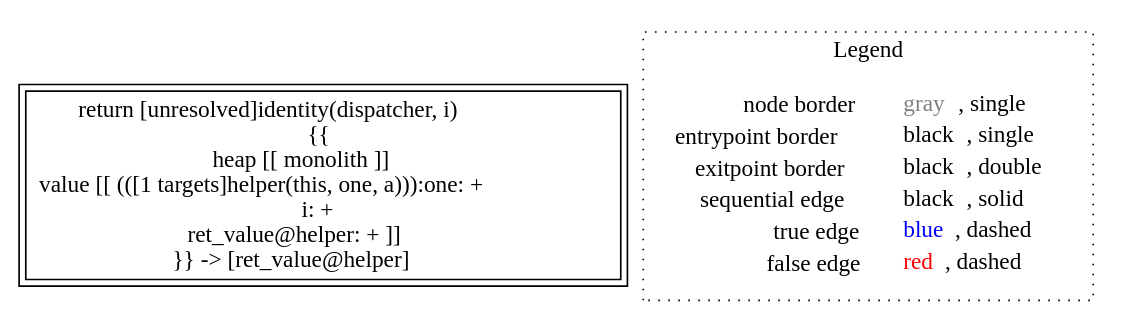
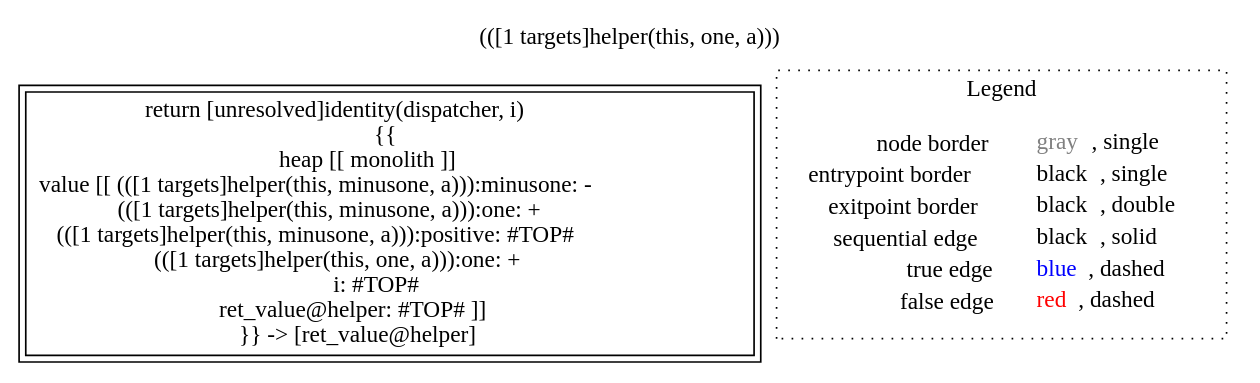
The diagram in lisa/imp-testcases/interprocedural/RTAContextSensitive3/analysis___414827803_untyped_tests.helper(tests_this,_untyped_i,_untyped_dispatcher).dot (lisa-analyzer/lisa), drawn with Graphviz before and after one commit. The commit also changed 12 other files, not shown here.

```diff
--- a/lisa/imp-testcases/interprocedural/RTAContextSensitive3/analysis___414827803_untyped_tests.helper(tests_this,_untyped_i,_untyped_dispatcher).dot
+++ b/lisa/imp-testcases/interprocedural/RTAContextSensitive3/analysis___414827803_untyped_tests.helper(tests_this,_untyped_i,_untyped_dispatcher).dot
@@ -1,10 +1,12 @@
 digraph {
-	"node0" [shape="rect",color="black",peripheries="2",label=<return [unresolved]identity(dispatcher, i)<BR/>{{<BR/>heap [[ monolith ]]<BR/>value [[ (([1 targets]helper(this, one, a))):one: +<BR/>i: +<BR/>ret_value@helper: + ]]<BR/>}} -&gt; [ret_value@helper]>];
+	labelloc="t";
+	label="(([1 targets]helper(this, one, a)))";
+	"node0" [shape="rect",color="black",peripheries="2",label=<return [unresolved]identity(dispatcher, i)<BR/>{{<BR/>heap [[ monolith ]]<BR/>value [[ (([1 targets]helper(this, minusone, a))):minusone: -<BR/>(([1 targets]helper(this, minusone, a))):one: +<BR/>(([1 targets]helper(this, minusone, a))):positive: #TOP#<BR/>(([1 targets]helper(this, one, a))):one: +<BR/>i: #TOP#<BR/>ret_value@helper: #TOP# ]]<BR/>}} -&gt; [ret_value@helper]>];
 subgraph cluster_legend {
 	label="Legend";
 	style=dotted;
 	node [shape=plaintext];
 	"legend" [label=<<table border="0" cellpadding="2" cellspacing="0" cellborder="0"><tr><td align="right">node border&nbsp;</td><td align="left"><font color="gray">gray</font>, single</td></tr><tr><td align="right">entrypoint border&nbsp;</td><td align="left"><font color="black">black</font>, single</td></tr><tr><td align="right">exitpoint border&nbsp;</td><td align="left"><font color="black">black</font>, double</td></tr><tr><td align="right">sequential edge&nbsp;</td><td align="left"><font color="black">black</font>, solid</td></tr><tr><td align="right">true edge&nbsp;</td><td align="left"><font color="blue">blue</font>, dashed</td></tr><tr><td align="right">false edge&nbsp;</td><td align="left"><font color="red">red</font>, dashed</td></tr></table>>];
 }
 
 }
```
